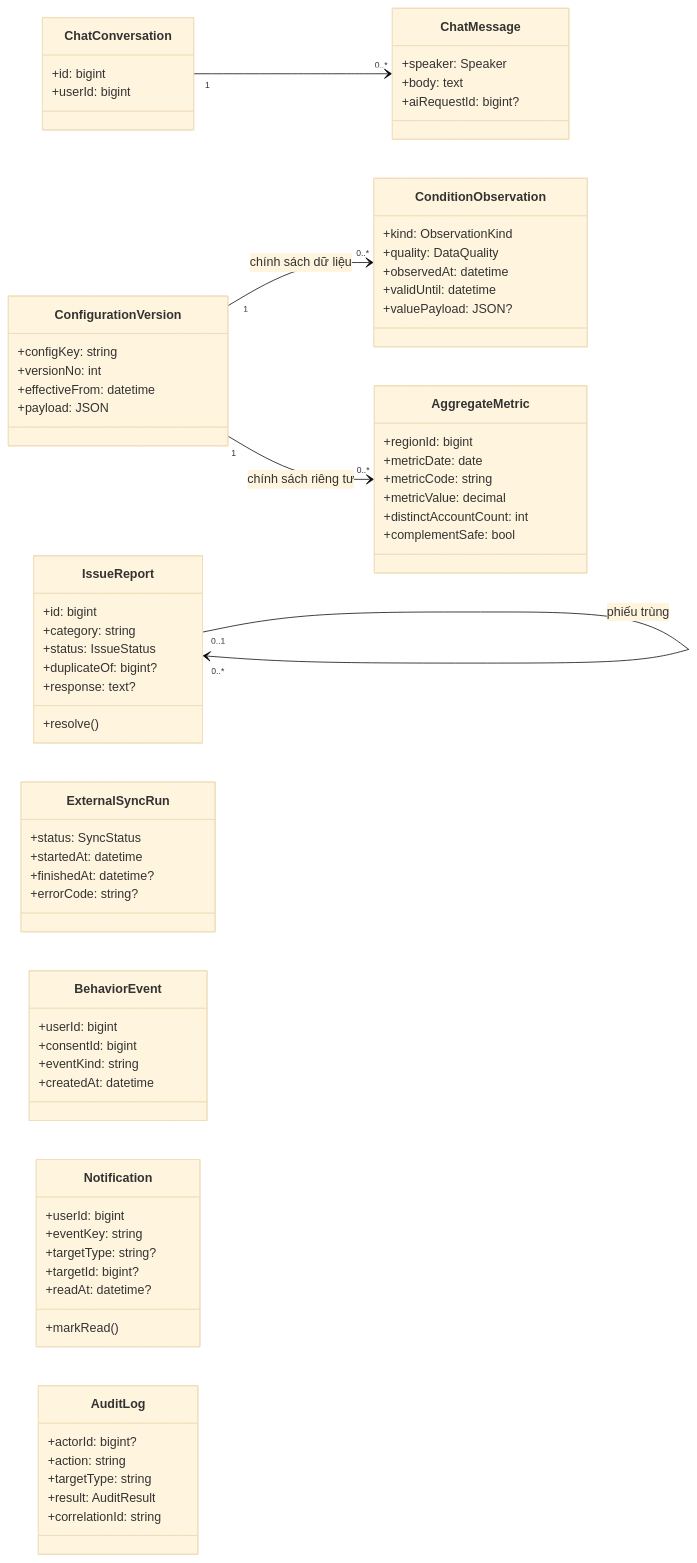
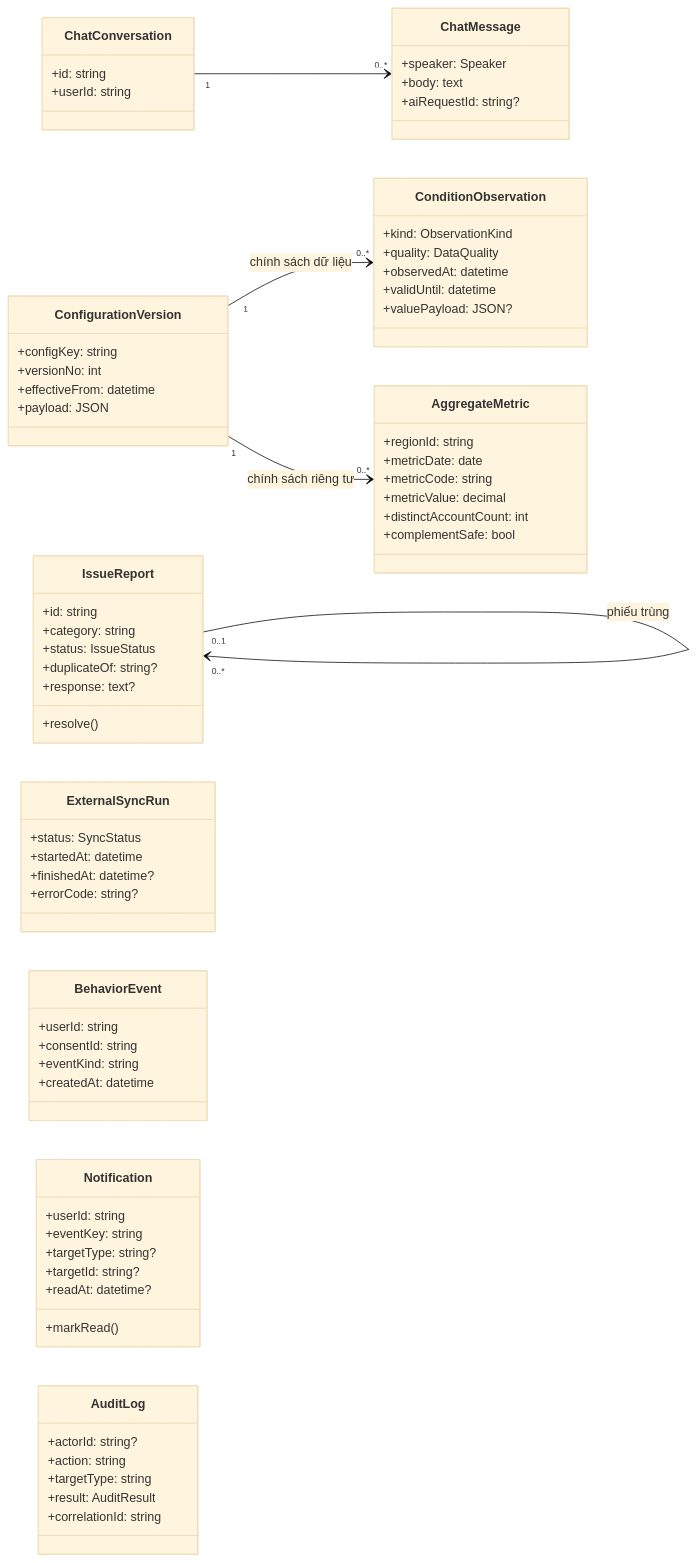
The seventh of 7 diagrams in docs/srs/07-class-diagram.md (YangKlee/GiaLai-Travel), drawn with Mermaid (base theme) before and after one commit. The commit also changed other lines of this file and 4 other files, not shown here.

````diff
--- a/docs/srs/07-class-diagram.md
+++ b/docs/srs/07-class-diagram.md
@@ -462,73 +465,73 @@
 ```mermaid
 classDiagram
 direction LR
 class ConfigurationVersion {
     +configKey: string
     +versionNo: int
     +effectiveFrom: datetime
     +payload: JSON
 }
 class IssueReport {
-    +id: bigint
+    +id: string
     +category: string
     +status: IssueStatus
-    +duplicateOf: bigint?
+    +duplicateOf: string?
     +response: text?
     +resolve()
 }
 class ChatConversation {
-    +id: bigint
-    +userId: bigint
+    +id: string
+    +userId: string
 }
 class ChatMessage {
     +speaker: Speaker
     +body: text
-    +aiRequestId: bigint?
+    +aiRequestId: string?
 }
 class ConditionObservation {
     +kind: ObservationKind
     +quality: DataQuality
     +observedAt: datetime
     +validUntil: datetime
     +valuePayload: JSON?
 }
 class ExternalSyncRun {
     +status: SyncStatus
     +startedAt: datetime
     +finishedAt: datetime?
     +errorCode: string?
 }
 class BehaviorEvent {
-    +userId: bigint
-    +consentId: bigint
+    +userId: string
+    +consentId: string
     +eventKind: string
     +createdAt: datetime
 }
 class AggregateMetric {
-    +regionId: bigint
+    +regionId: string
     +metricDate: date
     +metricCode: string
     +metricValue: decimal
     +distinctAccountCount: int
     +complementSafe: bool
 }
 class Notification {
-    +userId: bigint
+    +userId: string
     +eventKey: string
     +targetType: string?
-    +targetId: bigint?
+    +targetId: string?
     +readAt: datetime?
     +markRead()
 }
 class AuditLog {
-    +actorId: bigint?
+    +actorId: string?
     +action: string
     +targetType: string
     +result: AuditResult
     +correlationId: string
 }
 ChatConversation "1" --> "0..*" ChatMessage
 ConfigurationVersion "1" --> "0..*" ConditionObservation : chính sách dữ liệu
 ConfigurationVersion "1" --> "0..*" AggregateMetric : chính sách riêng tư
 IssueReport "0..1" --> "0..*" IssueReport : phiếu trùng
 ```
````
